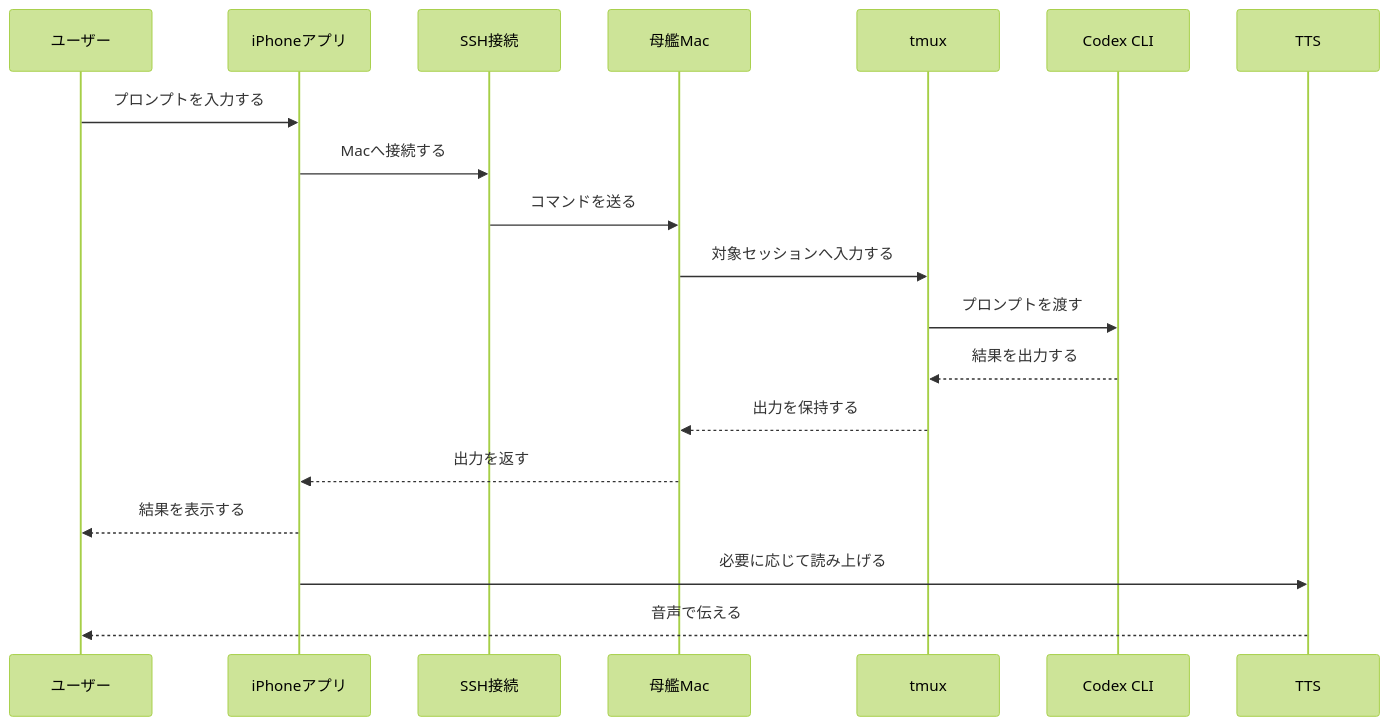
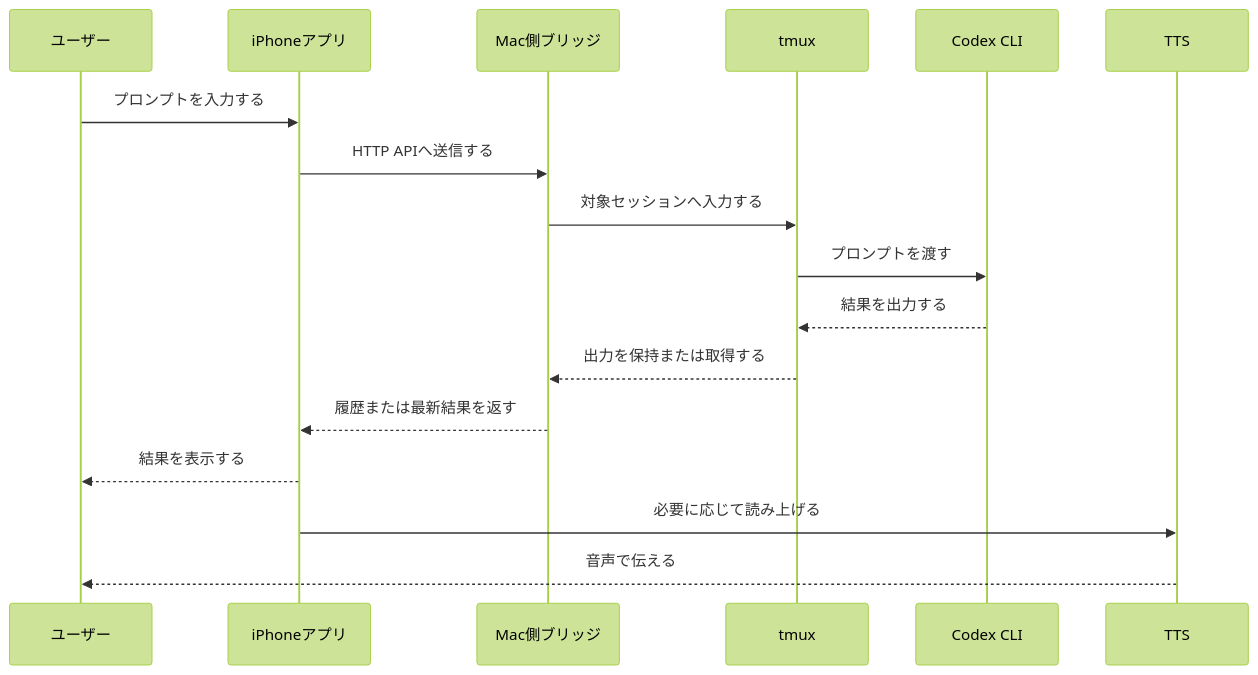
Before and after one commit to take-takashi/expo-sanpo: the diagram in docs/architecture/system-overview.md, drawn with Mermaid (forest theme). The commit also changed other lines of this file and 4 other files, not shown here.

````diff
--- a/docs/architecture/system-overview.md
+++ b/docs/architecture/system-overview.md
@@ -24,22 +26,20 @@
 ```mermaid
 sequenceDiagram
     participant User as ユーザー
     participant App as iPhoneアプリ
-    participant SSH as SSH接続
-    participant Mac as 母艦Mac
+    participant Bridge as Mac側ブリッジ
     participant Tmux as tmux
     participant Codex as Codex CLI
     participant TTS as TTS
 
     User->>App: プロンプトを入力する
-    App->>SSH: Macへ接続する
-    SSH->>Mac: コマンドを送る
-    Mac->>Tmux: 対象セッションへ入力する
+    App->>Bridge: HTTP APIへ送信する
+    Bridge->>Tmux: 対象セッションへ入力する
     Tmux->>Codex: プロンプトを渡す
     Codex-->>Tmux: 結果を出力する
-    Tmux-->>Mac: 出力を保持する
-    Mac-->>App: 出力を返す
+    Tmux-->>Bridge: 出力を保持または取得する
+    Bridge-->>App: 履歴または最新結果を返す
     App-->>User: 結果を表示する
     App->>TTS: 必要に応じて読み上げる
     TTS-->>User: 音声で伝える
 ```
````
